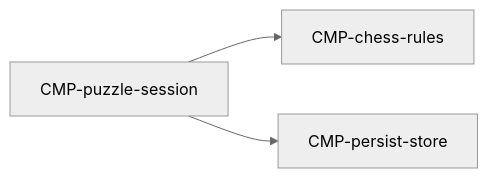
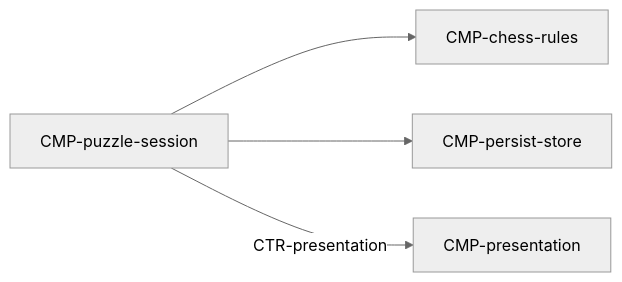
One commit to waigore/simplechessv2 changed the diagram in specs/technical/components/puzzle-session.md. Above: the diagram before and after it, drawn with Mermaid (neutral theme). The commit also changed other lines of this file and 120 other files, not shown here.

````diff
--- a/specs/technical/components/puzzle-session.md
+++ b/specs/technical/components/puzzle-session.md
@@ -38,8 +38,10 @@
 ```mermaid
 flowchart LR
   Q[CMP-puzzle-session]
   C[CMP-chess-rules]
   P[CMP-persist-store]
+  V[CMP-presentation]
   Q --> C
   Q --> P
+  Q -->|CTR-presentation| V
 ```
````
